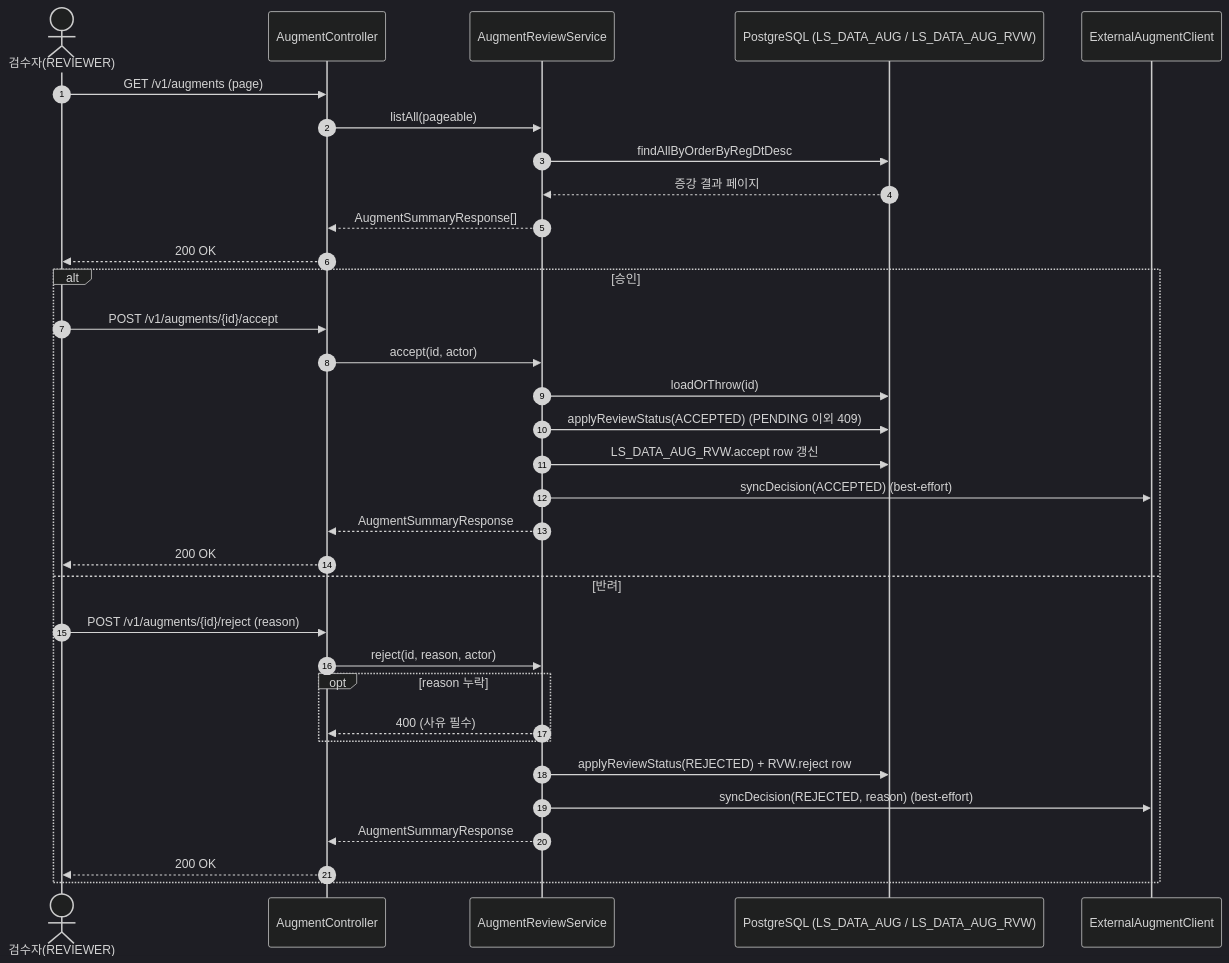
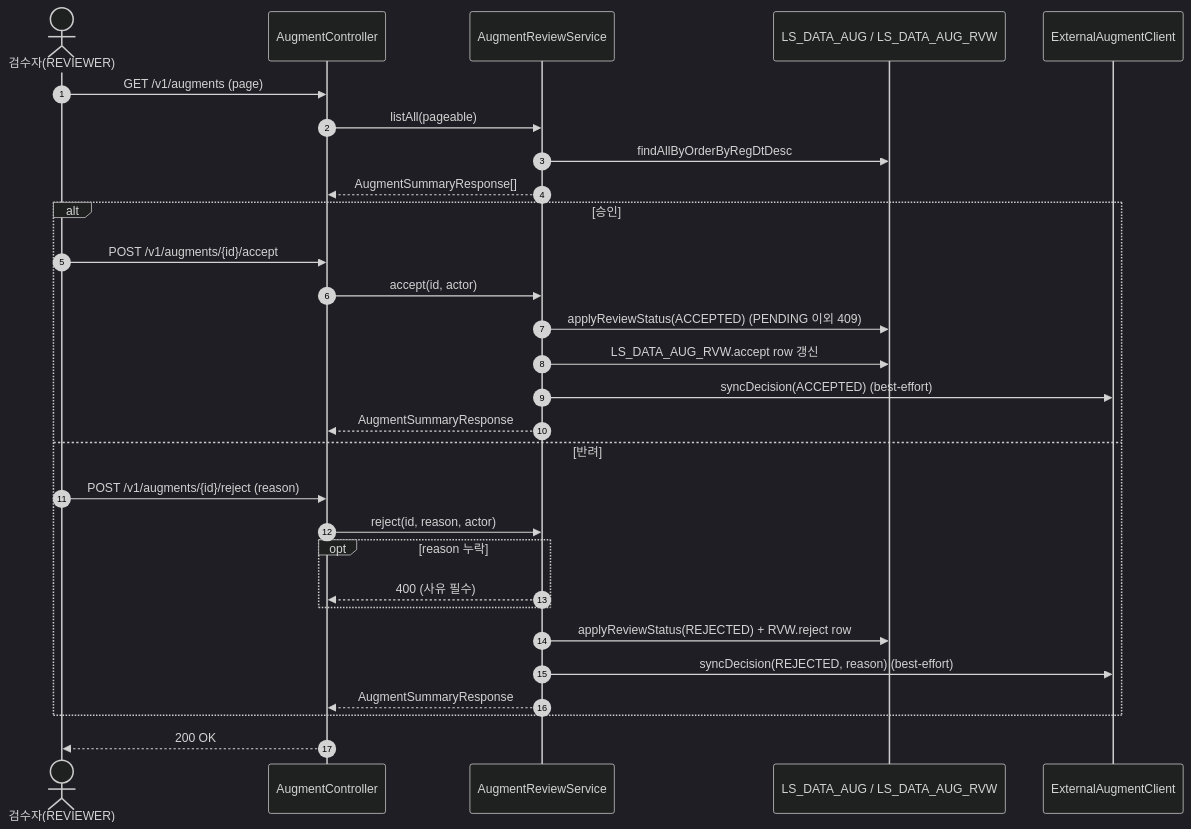
One commit to New-stella/klid-label changed the tenth of 26 diagrams in docs/design/D1-클래스설계서.md. Above: the diagram before and after it, drawn with Mermaid (dark theme). The commit also changed other lines of this file and 6 other files, not shown here.

````diff
--- a/docs/design/D1-클래스설계서.md
+++ b/docs/design/D1-클래스설계서.md
@@ -700,37 +580,31 @@
 ```mermaid
 sequenceDiagram
     autonumber
     actor RV as 검수자(REVIEWER)
     participant AC as AugmentController
     participant ARS as AugmentReviewService
-    participant DB as PostgreSQL (LS_DATA_AUG / LS_DATA_AUG_RVW)
+    participant DB as LS_DATA_AUG / LS_DATA_AUG_RVW
     participant EX as ExternalAugmentClient
-
     RV->>AC: GET /v1/augments (page)
     AC->>ARS: listAll(pageable)
     ARS->>DB: findAllByOrderByRegDtDesc
-    DB-->>ARS: 증강 결과 페이지
     ARS-->>AC: AugmentSummaryResponse[]
-    AC-->>RV: 200 OK
-
     alt 승인
         RV->>AC: POST /v1/augments/{id}/accept
         AC->>ARS: accept(id, actor)
-        ARS->>DB: loadOrThrow(id)
         ARS->>DB: applyReviewStatus(ACCEPTED) (PENDING 이외 409)
         ARS->>DB: LS_DATA_AUG_RVW.accept row 갱신
         ARS->>EX: syncDecision(ACCEPTED) (best-effort)
         ARS-->>AC: AugmentSummaryResponse
-        AC-->>RV: 200 OK
     else 반려
         RV->>AC: POST /v1/augments/{id}/reject (reason)
         AC->>ARS: reject(id, reason, actor)
         opt reason 누락
             ARS-->>AC: 400 (사유 필수)
         end
         ARS->>DB: applyReviewStatus(REJECTED) + RVW.reject row
         ARS->>EX: syncDecision(REJECTED, reason) (best-effort)
         ARS-->>AC: AugmentSummaryResponse
-        AC-->>RV: 200 OK
     end
+    AC-->>RV: 200 OK
 ```
````
